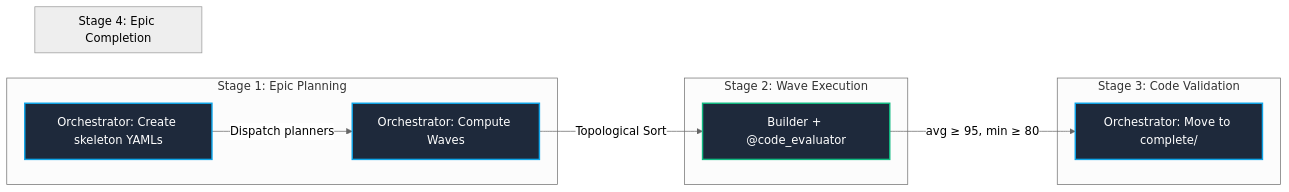
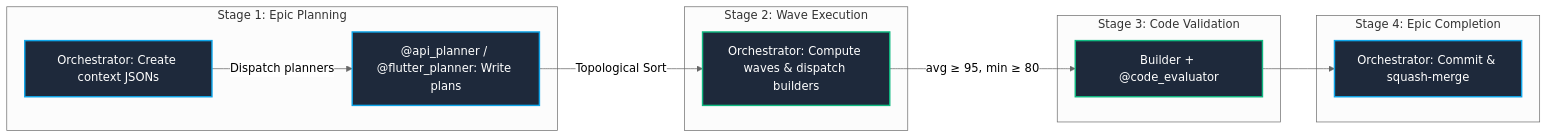
One commit to basnetjiten/test-repo changed the second of 4 diagrams in ebprocess-development/Architecture.md. Above: the diagram before and after it, drawn with Mermaid (neutral theme). The commit also changed other lines of this file and 35 other files, not shown here.

````diff
--- a/ebprocess-development/Architecture.md
+++ b/ebprocess-development/Architecture.md
@@ -149,20 +144,21 @@
 ```mermaid
 graph LR
     subgraph "Stage 1: Epic Planning"
-        A["Orchestrator: Create skeleton YAMLs"] -->|Dispatch planners| B["@api_planner / @flutter_planner: Enrich YAMLs"]
+        A["Orchestrator: Create context JSONs"] -->|Dispatch planners| B["@api_planner / @flutter_planner: Write plans"]
     end
     subgraph "Stage 2: Wave Execution"
-        B["Orchestrator: Compute Waves"] -->|Topological Sort| C
+        B -->|Topological Sort| C["Orchestrator: Compute waves & dispatch builders"]
     end
     subgraph "Stage 3: Code Validation"
-        C["Builder + @code_evaluator"] -->|avg ≥ 95, min ≥ 80| D
+        C -->|avg ≥ 95, min ≥ 80| D["Builder + @code_evaluator"]
     end
     subgraph "Stage 4: Epic Completion"
-        D["Orchestrator: Move to complete/"]
+        D --> E["Orchestrator: Commit & squash-merge"]
     end
 
     style A fill:#1E293B,stroke:#0EA5E9,stroke-width:2px,color:#fff
     style B fill:#1E293B,stroke:#0EA5E9,stroke-width:2px,color:#fff
     style C fill:#1E293B,stroke:#10B981,stroke-width:2px,color:#fff
-    style D fill:#1E293B,stroke:#0EA5E9,stroke-width:2px,color:#fff
+    style D fill:#1E293B,stroke:#10B981,stroke-width:2px,color:#fff
+    style E fill:#1E293B,stroke:#0EA5E9,stroke-width:2px,color:#fff
 ```
````
